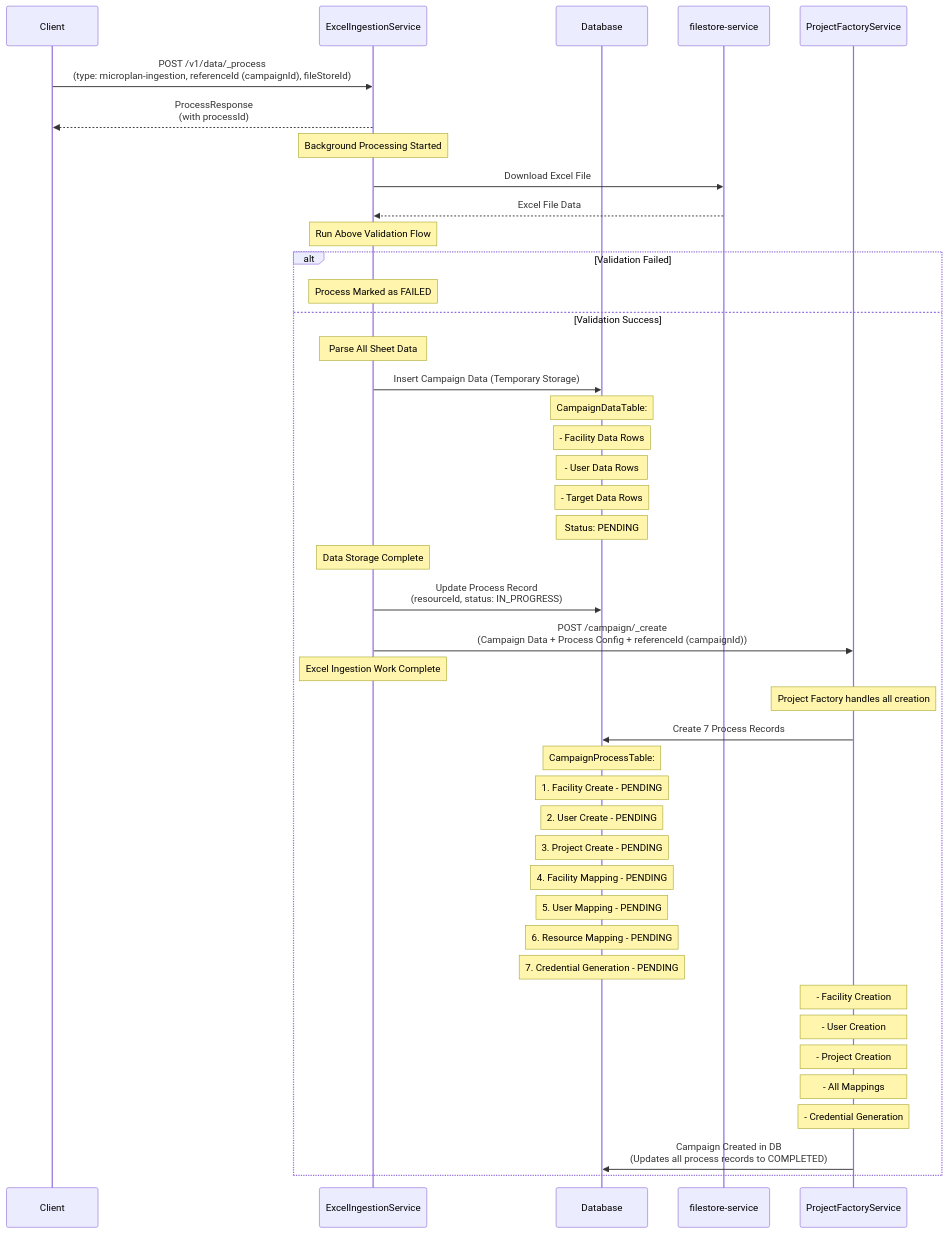
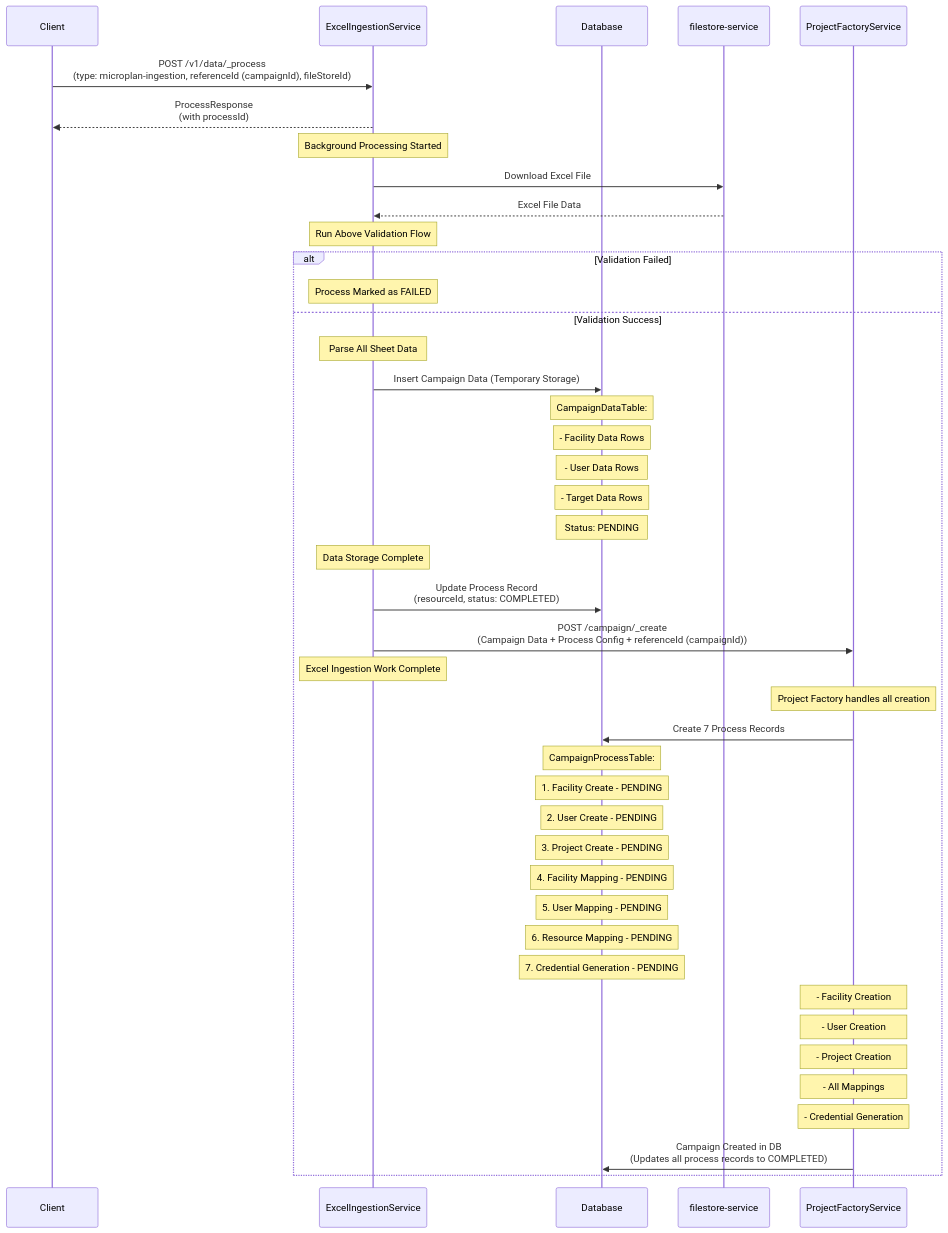
The third of 5 diagrams in DESIGN.md (ashish-egov/campaign-whole-sheet-ingestion), drawn with Mermaid before and after one commit.

````diff
--- a/DESIGN.md
+++ b/DESIGN.md
@@ -89,59 +89,59 @@
 ```mermaid
 sequenceDiagram
     participant Client
     participant ExcelIngestionService
     participant Database
     participant filestore-service
     participant ProjectFactoryService
     
     Client->>ExcelIngestionService: POST /v1/data/_process<br/>(type: microplan-ingestion, referenceId (campaignId), fileStoreId)
     
     ExcelIngestionService-->>Client: ProcessResponse<br/>(with processId)
     
     Note over ExcelIngestionService: Background Processing Started
     
     ExcelIngestionService->>filestore-service: Download Excel File
     filestore-service-->>ExcelIngestionService: Excel File Data
     
     Note over ExcelIngestionService: Run Above Validation Flow
     
     alt Validation Failed
         Note over ExcelIngestionService: Process Marked as FAILED
     else Validation Success
     
         Note over ExcelIngestionService: Parse All Sheet Data
         
         ExcelIngestionService->>Database: Insert Campaign Data (Temporary Storage)
         Note over Database: CampaignDataTable:
         Note over Database: - Facility Data Rows
         Note over Database: - User Data Rows  
         Note over Database: - Target Data Rows
         Note over Database: Status: PENDING
         
         Note over ExcelIngestionService: Data Storage Complete
-        ExcelIngestionService->>Database: Update Process Record<br/>(resourceId, status: IN_PROGRESS)
+        ExcelIngestionService->>Database: Update Process Record<br/>(resourceId, status: COMPLETED)
         
         ExcelIngestionService->>ProjectFactoryService: POST /campaign/_create<br/>(Campaign Data + Process Config + referenceId (campaignId))
         
         Note over ExcelIngestionService: Excel Ingestion Work Complete
         
         Note over ProjectFactoryService: Project Factory handles all creation
         ProjectFactoryService->>Database: Create 7 Process Records
         Note over Database: CampaignProcessTable:
         Note over Database: 1. Facility Create - PENDING
         Note over Database: 2. User Create - PENDING
         Note over Database: 3. Project Create - PENDING
         Note over Database: 4. Facility Mapping - PENDING
         Note over Database: 5. User Mapping - PENDING
         Note over Database: 6. Resource Mapping - PENDING
         Note over Database: 7. Credential Generation - PENDING
         
         Note over ProjectFactoryService: - Facility Creation
         Note over ProjectFactoryService: - User Creation  
         Note over ProjectFactoryService: - Project Creation
         Note over ProjectFactoryService: - All Mappings
         Note over ProjectFactoryService: - Credential Generation
         
         ProjectFactoryService->>Database: Campaign Created in DB<br/>(Updates all process records to COMPLETED)
     end
 ```
````
